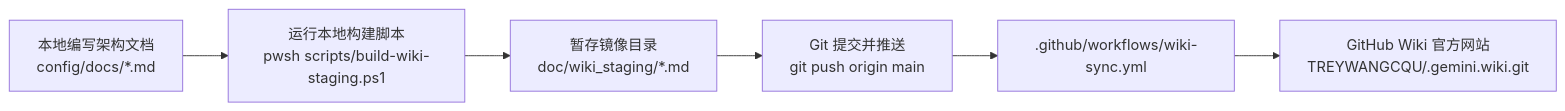
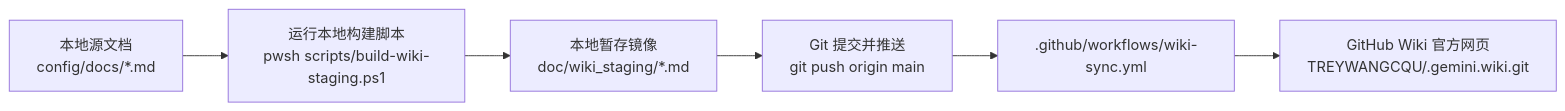
The third of 3 diagrams in README.md (TREYWANGCQU/.gemini), drawn with Mermaid before and after one commit. The commit also changed other lines of this file, not shown here.

Commit message:
docs: update documentation in Gemini README file

````diff
--- a/README.md
+++ b/README.md
@@ -153,8 +156,8 @@
 ```mermaid
 graph LR
-    Dev["本地编写架构文档<br/>config/docs/*.md"] --> StagingScript["运行本地构建脚本<br/>pwsh scripts/build-wiki-staging.ps1"]
-    StagingScript --> Staged["暂存镜像目录<br/>doc/wiki_staging/*.md"]
+    Dev["本地源文档<br/>config/docs/*.md"] --> StagingScript["运行本地构建脚本<br/>pwsh scripts/build-wiki-staging.ps1"]
+    StagingScript --> Staged["本地暂存镜像<br/>doc/wiki_staging/*.md"]
     Staged --> GitPush["Git 提交并推送<br/>git push origin main"]
     GitPush --> GHA[".github/workflows/wiki-sync.yml"]
-    GHA --> GHWiki["GitHub Wiki 官方网站<br/>TREYWANGCQU/.gemini.wiki.git"]
+    GHA --> GHWiki["GitHub Wiki 官方网页<br/>TREYWANGCQU/.gemini.wiki.git"]
 ```
````
